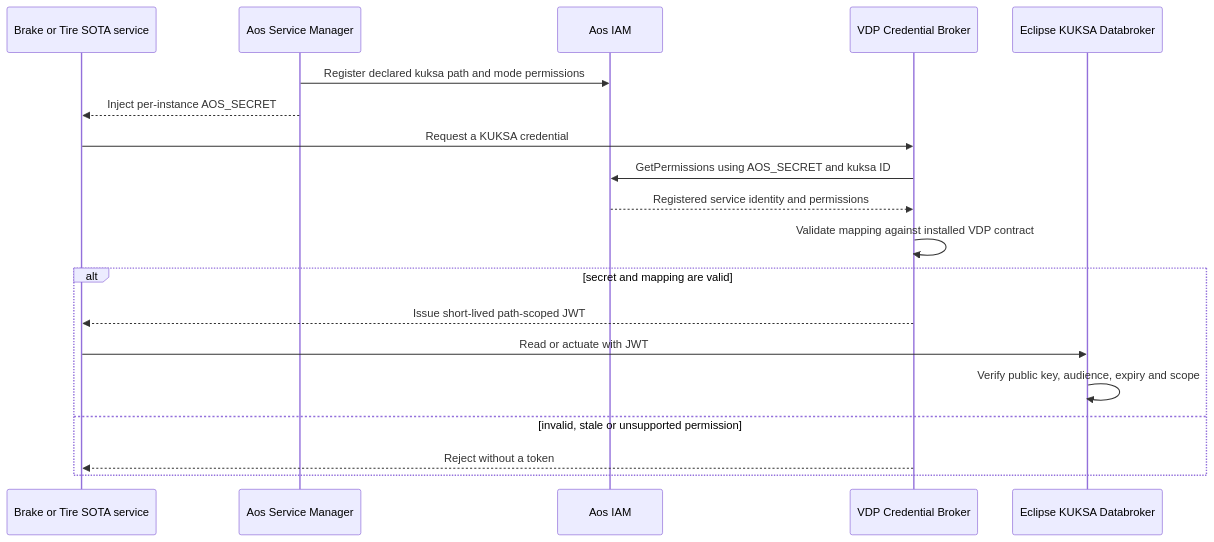
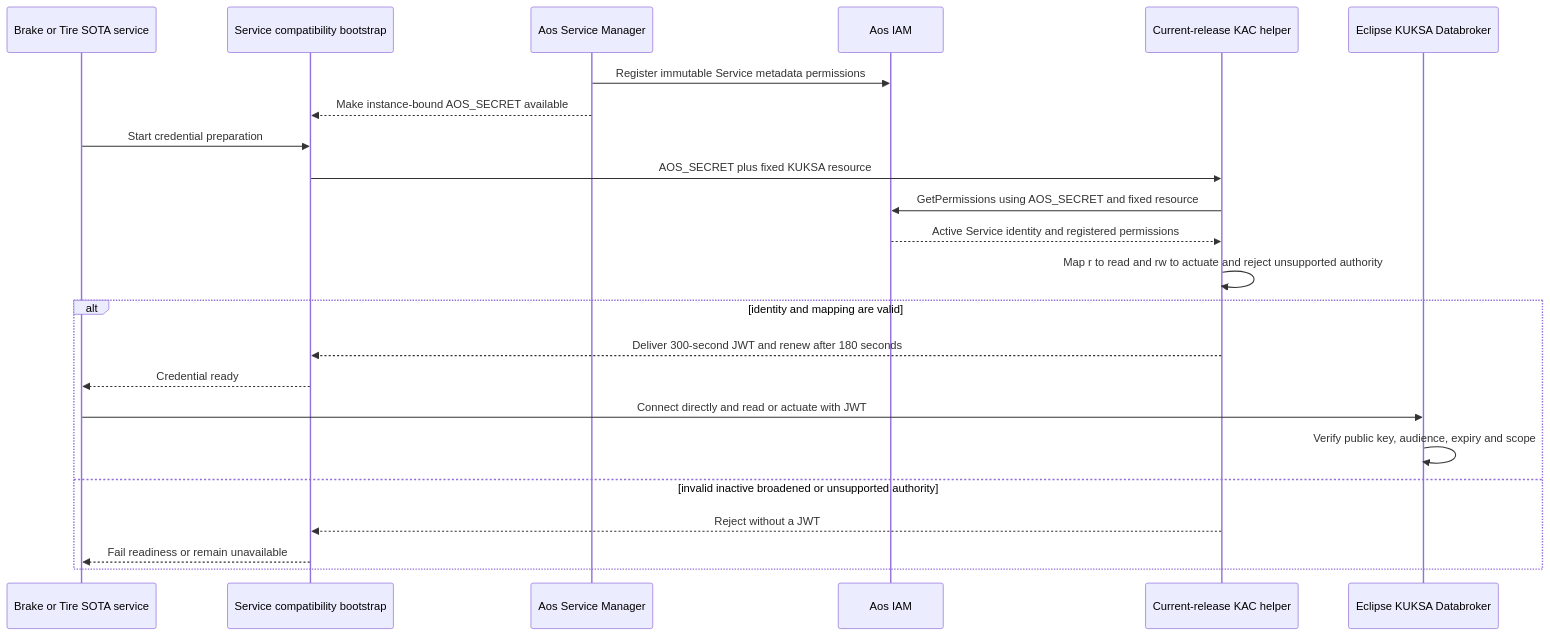
One commit to alexmaninblack/aosedge-sdv-demo changed the second of 22 diagrams in docs/architecture/demo-scenario-architecture-flows.md. Above: the diagram before and after it, drawn with Mermaid. The commit also changed other lines of this file and 60 other files, not shown here.

````diff
--- a/docs/architecture/demo-scenario-architecture-flows.md
+++ b/docs/architecture/demo-scenario-architecture-flows.md
@@ -212,22 +227,26 @@
 ```mermaid
 sequenceDiagram
     participant S as Brake or Tire SOTA service
+    participant B as Service compatibility bootstrap
     participant SM as Aos Service Manager
     participant IAM as Aos IAM
-    participant CB as VDP Credential Broker
+    participant H as Current-release KAC helper
     participant K as Eclipse KUKSA Databroker
 
-    SM->>IAM: Register declared kuksa path and mode permissions
-    SM-->>S: Inject per-instance AOS_SECRET
-    S->>CB: Request a KUKSA credential
-    CB->>IAM: GetPermissions using AOS_SECRET and kuksa ID
-    IAM-->>CB: Registered service identity and permissions
-    CB->>CB: Validate mapping against installed VDP contract
-    alt secret and mapping are valid
-        CB-->>S: Issue short-lived path-scoped JWT
-        S->>K: Read or actuate with JWT
+    SM->>IAM: Register immutable Service metadata permissions
+    SM-->>B: Make instance-bound AOS_SECRET available
+    S->>B: Start credential preparation
+    B->>H: AOS_SECRET plus fixed KUKSA resource
+    H->>IAM: GetPermissions using AOS_SECRET and fixed resource
+    IAM-->>H: Active Service identity and registered permissions
+    H->>H: Map r to read and rw to actuate and reject unsupported authority
+    alt identity and mapping are valid
+        H-->>B: Deliver 300-second JWT and renew after 180 seconds
+        B-->>S: Credential ready
+        S->>K: Connect directly and read or actuate with JWT
         K->>K: Verify public key, audience, expiry and scope
-    else invalid, stale or unsupported permission
-        CB-->>S: Reject without a token
+    else invalid inactive broadened or unsupported authority
+        H-->>B: Reject without a JWT
+        B-->>S: Fail readiness or remain unavailable
     end
 ```
````
